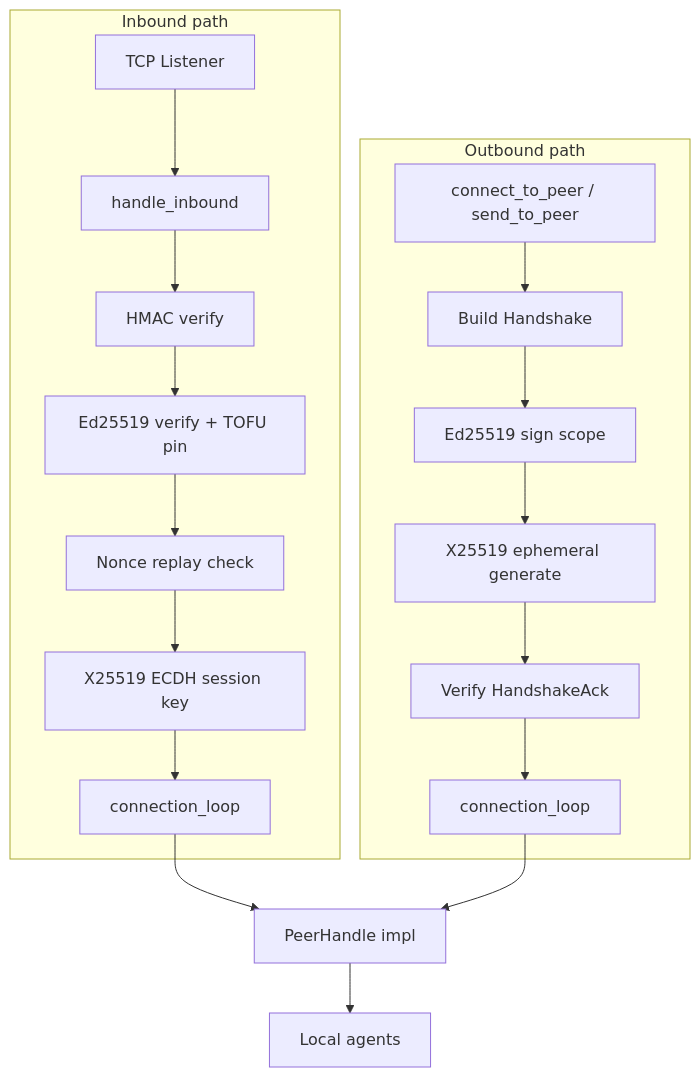
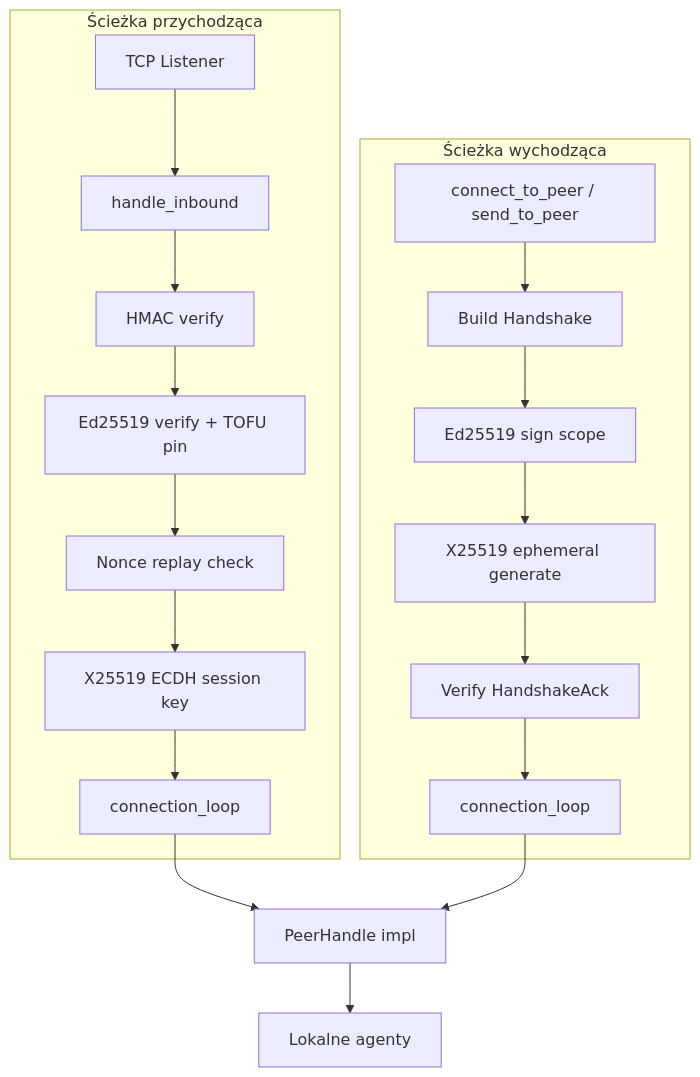
One commit to leszek3737/librefang-WIki changed the diagram in crates-librefang-wire.md. Above: the diagram before and after it, drawn with Mermaid. The commit also changed other lines of this file and 104 other files, not shown here.

````diff
--- a/crates-librefang-wire.md
+++ b/crates-librefang-wire.md
@@ -9,24 +9,24 @@
 ```mermaid
 graph TD
-    subgraph "Inbound path"
+    subgraph "Ścieżka przychodząca"
         TCP[TCP Listener] --> HI[handle_inbound]
         HI --> HMAC[HMAC verify]
         HMAC --> ED[Ed25519 verify + TOFU pin]
         ED --> NR[Nonce replay check]
         NR --> KEX[X25519 ECDH session key]
         KEX --> CL[connection_loop]
     end
 
-    subgraph "Outbound path"
+    subgraph "Ścieżka wychodząca"
         CTP[connect_to_peer / send_to_peer]
         CTP --> HS[Build Handshake]
         HS --> SIGN[Ed25519 sign scope]
         SIGN --> KEX2[X25519 ephemeral generate]
         KEX2 --> ACK[Verify HandshakeAck]
         ACK --> CL2[connection_loop]
     end
 
     CL --> RH[PeerHandle impl]
     CL2 --> RH
-    RH --> AGENTS[Local agents]
+    RH --> AGENTS[Lokalne agenty]
 ```
````
